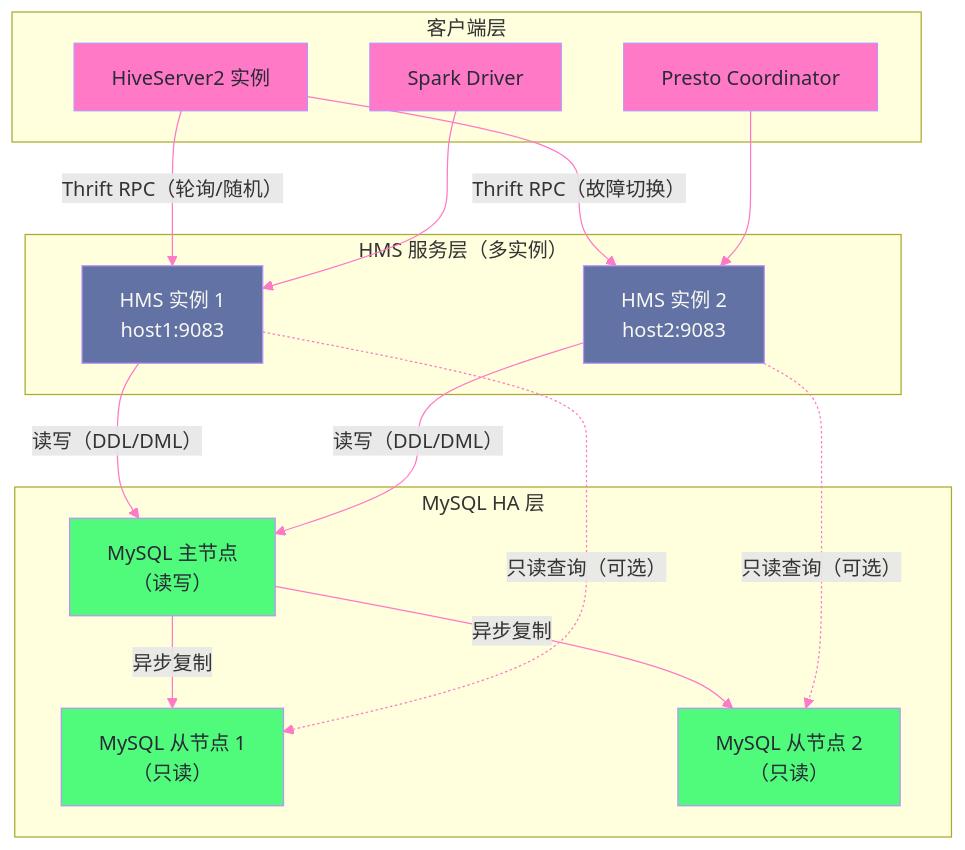
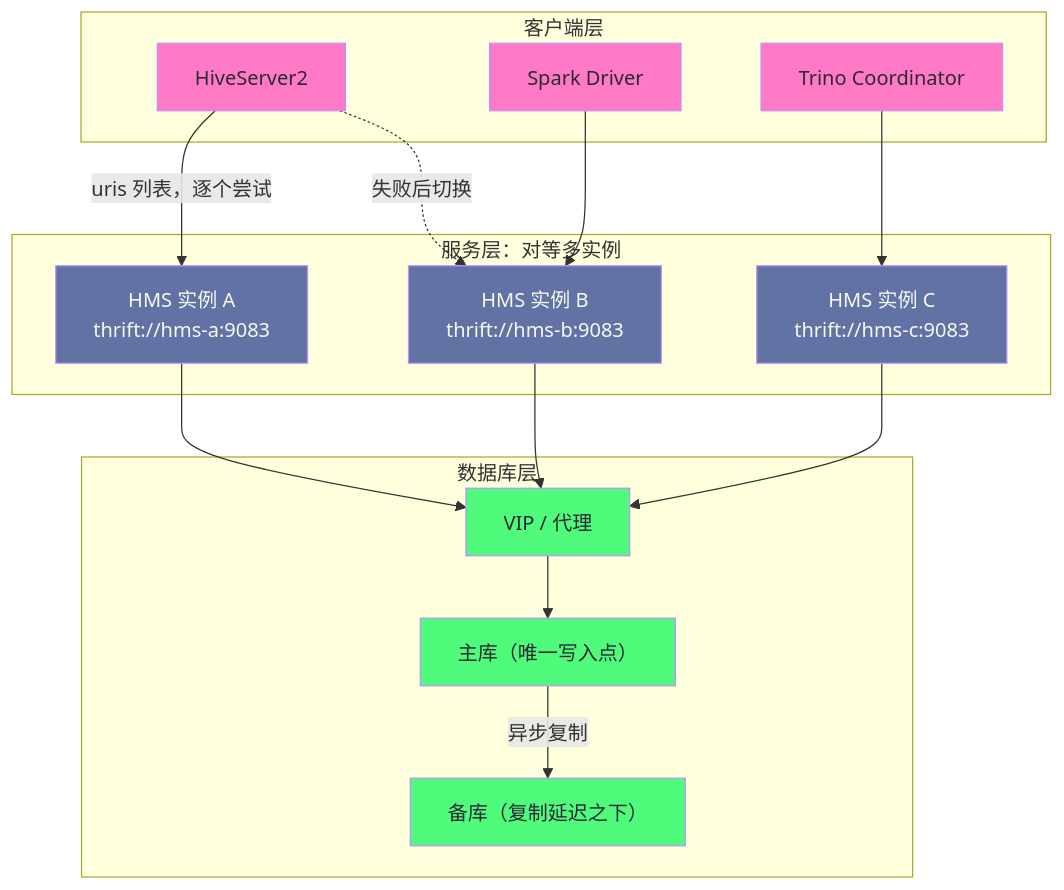
Before and after one commit to hpliStartAgain/my-brain: the third of 5 diagrams in content/大数据/Hive/02 Hive Metastore 深度解析：元数据体系与 HMS 高可用.md, drawn with Mermaid. The commit also changed other lines of this file and 455 other files, not shown here.

````diff
--- a/content/大数据/Hive/02 Hive Metastore 深度解析：元数据体系与 HMS 高可用.md
+++ b/content/大数据/Hive/02 Hive Metastore 深度解析：元数据体系与 HMS 高可用.md
@@ -327,40 +312,34 @@
 ```mermaid
-%%{init: {"theme": "dracula", "themeVariables": {"primaryColor": "#6272a4", "primaryTextColor": "#f8f8f2", "lineColor": "#ff79c6"}}}%%
-graph TD
+%%{init: {'theme': 'dracula'}}%%
+flowchart TD
     subgraph CLIENT["客户端层"]
-        HS2["HiveServer2 实例"]
+        HS2["HiveServer2"]
         SPARK["Spark Driver"]
-        PRESTO["Presto Coordinator"]
+        TRINO["Trino Coordinator"]
     end
-
-    subgraph HMS_CLUSTER["HMS 服务层（多实例）"]
-        HMS1["HMS 实例 1</br>host1:9083"]
-        HMS2["HMS 实例 2</br>host2:9083"]
+    subgraph HMSL["服务层：对等多实例"]
+        H1["HMS 实例 A<br/>thrift://hms-a:9083"]
+        H2["HMS 实例 B<br/>thrift://hms-b:9083"]
+        H3["HMS 实例 C<br/>thrift://hms-c:9083"]
     end
-
-    subgraph MYSQL_HA["MySQL HA 层"]
-        MYM["MySQL 主节点</br>（读写）"]
-        MYS1["MySQL 从节点 1</br>（只读）"]
-        MYS2["MySQL 从节点 2</br>（只读）"]
+    subgraph DBL["数据库层"]
+        PRIMARY["主库（唯一写入点）"]
+        REPLICA["备库（复制延迟之下）"]
+        VIP["VIP / 代理"]
     end
-
-    HS2 -->|"Thrift RPC（轮询/随机）"| HMS1
-    HS2 -->|"Thrift RPC（故障切换）"| HMS2
-    SPARK --> HMS1
-    PRESTO --> HMS2
-
-    HMS1 -->|"读写（DDL/DML）"| MYM
-    HMS2 -->|"读写（DDL/DML）"| MYM
-    MYM -->|"异步复制"| MYS1
-    MYM -->|"异步复制"| MYS2
-    HMS1 -.->|"只读查询（可选）"| MYS1
-    HMS2 -.->|"只读查询（可选）"| MYS2
-
+    HS2 -->|"uris 列表，逐个尝试"| H1
+    HS2 -.->|"失败后切换"| H2
+    SPARK --> H2
+    TRINO --> H3
+    H1 --> VIP
+    H2 --> VIP
+    H3 --> VIP
+    VIP --> PRIMARY
+    PRIMARY -->|"异步复制"| REPLICA
     classDef client fill:#ff79c6,stroke:#bd93f9,color:#282a36
     classDef hms fill:#6272a4,stroke:#bd93f9,color:#f8f8f2
-    classDef mysql fill:#50fa7b,stroke:#bd93f9,color:#282a36
-
-    class HS2,SPARK,PRESTO client
-    class HMS1,HMS2 hms
-    class MYM,MYS1,MYS2 mysql
+    classDef db fill:#50fa7b,stroke:#bd93f9,color:#282a36
+    class HS2,SPARK,TRINO client
+    class H1,H2,H3 hms
+    class PRIMARY,REPLICA,VIP db
 ```
````
